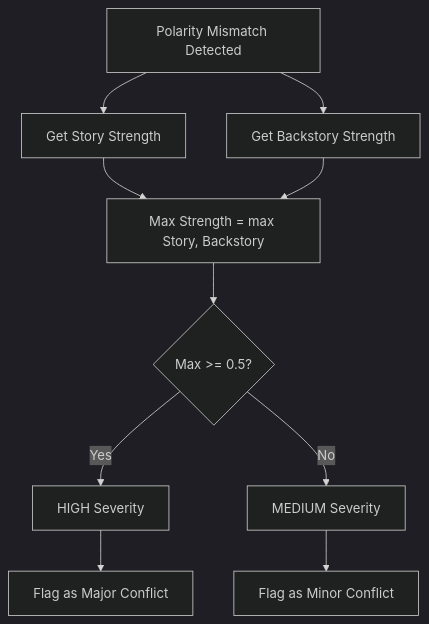
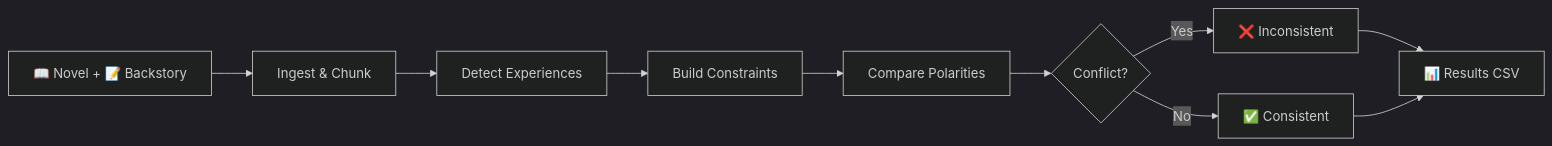
Before and after one commit to Naveeeya/KDS_Hackathon: the second of 2 diagrams in project/README.md, drawn with Mermaid (dark theme). The commit also changed other lines of this file, not shown here.

Commit message:
docs: Simplified README - kept only essential diagrams

````diff
--- a/project/README.md
+++ b/project/README.md
@@ -574,12 +83,12 @@
 ```mermaid
-flowchart TD
-    A[Polarity Mismatch Detected] --> B[Get Story Strength]
-    A --> C[Get Backstory Strength]
-    B --> D[Max Strength = max Story, Backstory]
-    C --> D
-    D --> E{Max >= 0.5?}
-    E -->|Yes| F[HIGH Severity]
-    E -->|No| G[MEDIUM Severity]
-    F --> H[Flag as Major Conflict]
-    G --> I[Flag as Minor Conflict]
+flowchart LR
+    A[📖 Novel + 📝 Backstory] --> B[Ingest & Chunk]
+    B --> C[Detect Experiences]
+    C --> D[Build Constraints]
+    D --> E[Compare Polarities]
+    E --> F{Conflict?}
+    F -->|Yes| G[❌ Inconsistent]
+    F -->|No| H[✅ Consistent]
+    G --> I[📊 Results CSV]
+    H --> I
 ```
````
